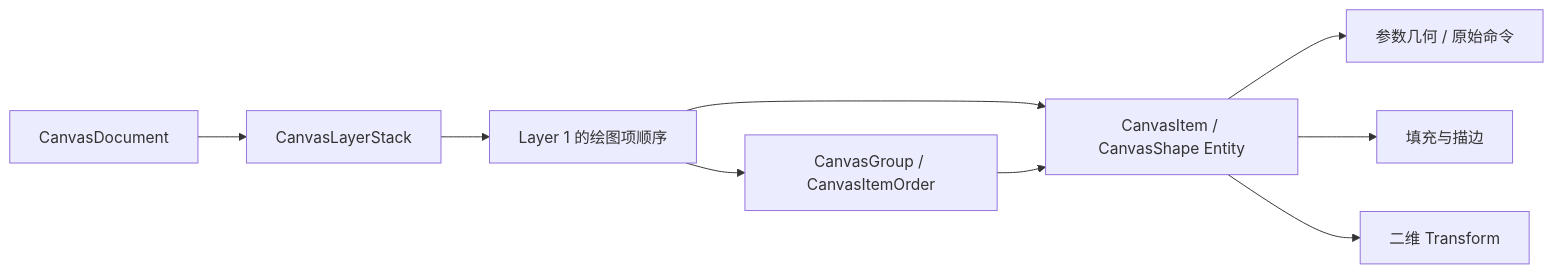
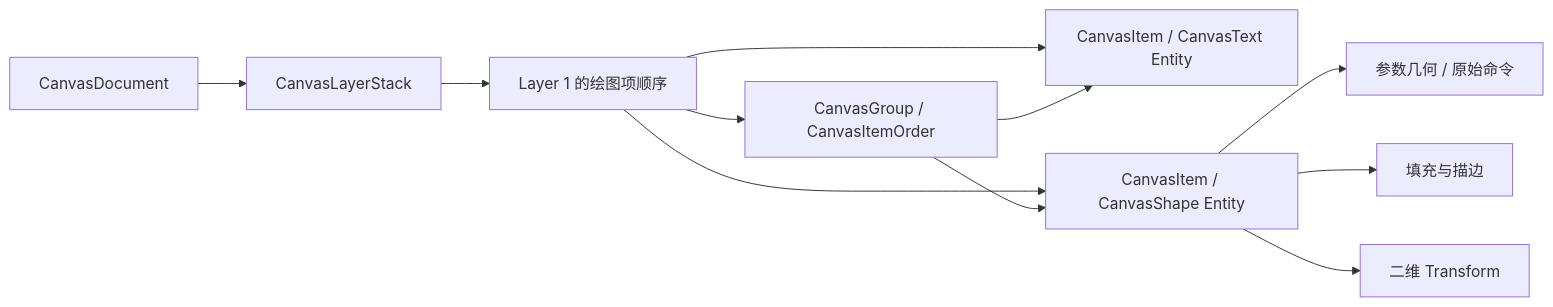
Before and after one commit to slc90/bevy_widgetry: the first of 4 diagrams in docs/design/modules/canvas.md, drawn with Mermaid. The commit also changed other lines of this file and 30 other files, not shown here.

First line of the commit message:
Add editable text items to Canvas documents

````diff
--- a/docs/design/modules/canvas.md
+++ b/docs/design/modules/canvas.md
@@ -9,11 +9,13 @@
 ```mermaid
 flowchart LR
     Document["CanvasDocument"] --> Stack["CanvasLayerStack"]
     Stack --> Layer["Layer 1 的绘图项顺序"]
     Layer --> Group["CanvasGroup / CanvasItemOrder"]
+    Layer --> Text["CanvasItem / CanvasText Entity"]
+    Group --> Text
     Layer --> Shape["CanvasItem / CanvasShape Entity"]
     Group --> Shape
     Shape --> Geometry["参数几何 / 原始命令"]
     Shape --> Paint["填充与描边"]
     Shape --> Transform["二维 Transform"]
 ```
````
